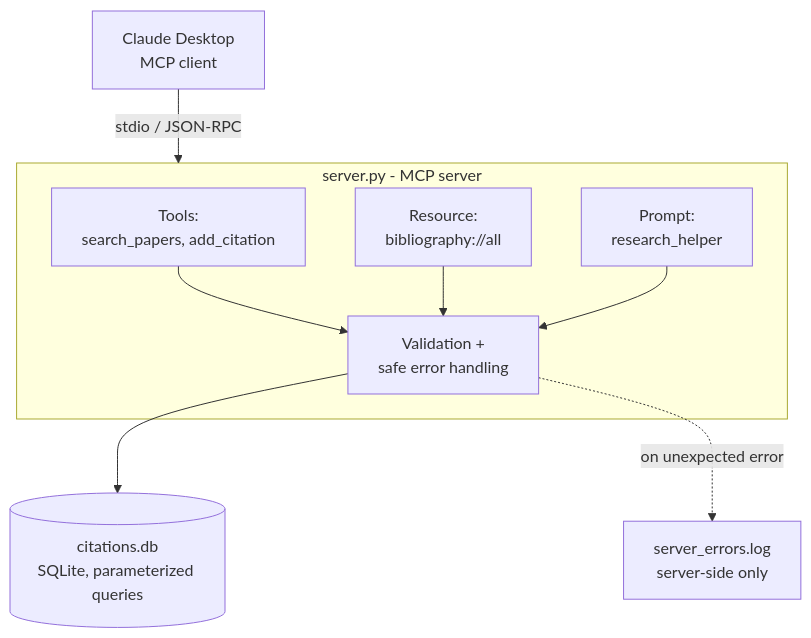
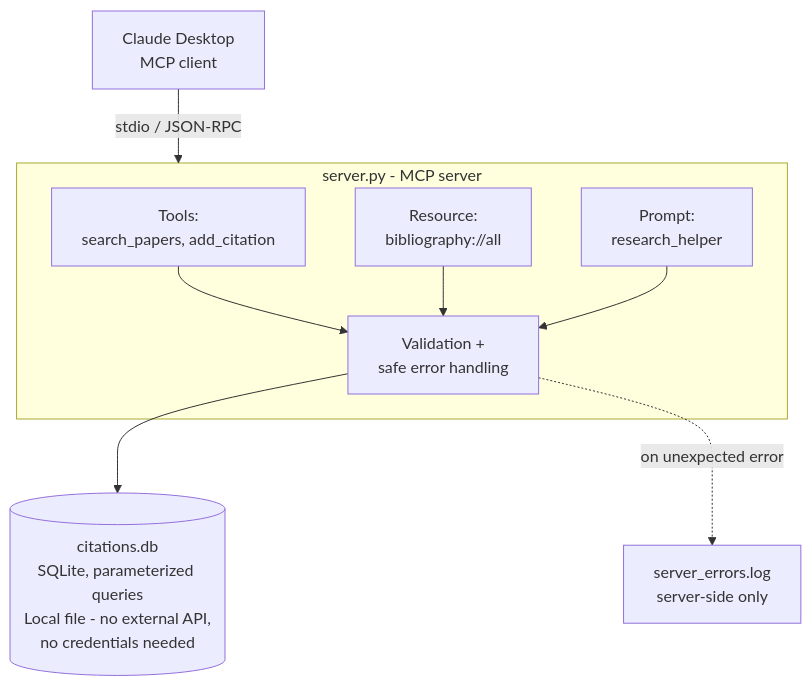
One commit to sahanajay0220/mcp-research-assistant changed the diagram in ARCHITECTURE.md. Above: the diagram before and after it, drawn with Mermaid. The commit also changed other lines of this file, not shown here.

Commit message:
Update architecture diagram with domain label and authentication note

````diff
--- a/ARCHITECTURE.md
+++ b/ARCHITECTURE.md
@@ -3,16 +5,16 @@
 ```mermaid
 flowchart TD
     A[Claude Desktop<br/>MCP client] -->|stdio / JSON-RPC| B
 
     subgraph B[server.py - MCP server]
         C[Tools:<br/>search_papers, add_citation]
         D[Resource:<br/>bibliography://all]
         E[Prompt:<br/>research_helper]
         C --> F[Validation +<br/>safe error handling]
         D --> F
         E --> F
     end
 
-    F --> G[(citations.db<br/>SQLite, parameterized queries)]
+    F --> G[(citations.db<br/>SQLite, parameterized queries<br/>Local file - no external API,<br/>no credentials needed)]
     F -.->|on unexpected error| H[server_errors.log<br/>server-side only]
 ```
````
